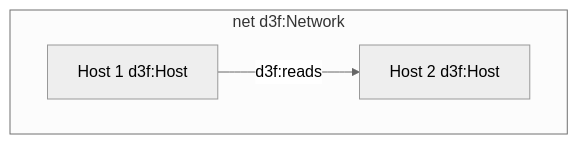
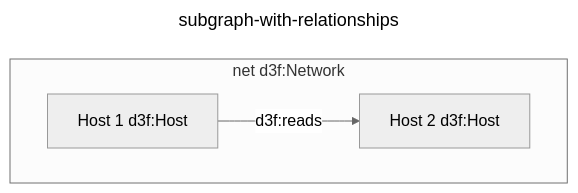
Before and after one commit to ioggstream/d3sign: the tenth of 15 diagrams in app/src/data/examples/testcases.md, drawn with Mermaid (neutral theme). The commit also changed other lines of this file and 8 other files, not shown here.

Commit message:
Fix: #6. Diagram titles.

````diff
--- a/app/src/data/examples/testcases.md
+++ b/app/src/data/examples/testcases.md
@@ -290,10 +311,13 @@
 ```mermaid
+---
+title: subgraph-with-relationships
+---
 graph
 
 a[Host 1 d3f:Host]
 b[Host 2 d3f:Host]
 
 subgraph net [net d3f:Network]
   a -->|d3f:reads| b
 end
 ```
````
